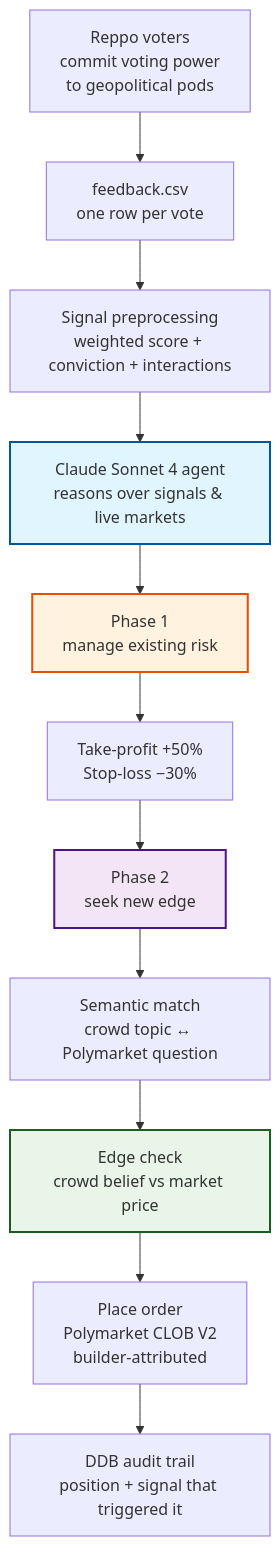
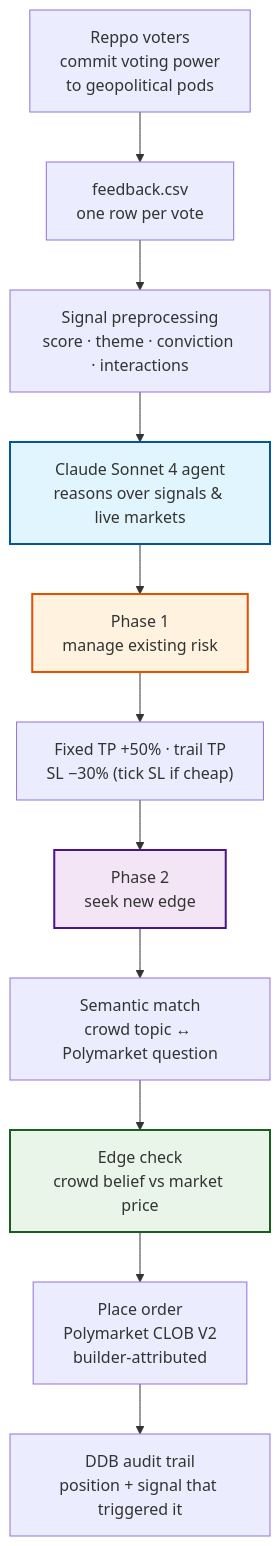
One commit to Reppo-Labs/reppo-polyagent changed the diagram in README.md. Above: the diagram before and after it, drawn with Mermaid. The commit also changed other lines of this file and 4827 other files, not shown here.

````diff
--- a/README.md
+++ b/README.md
@@ -25,21 +25,21 @@
 ```mermaid
 flowchart TD
     A["Reppo voters<br/>commit voting power<br/>to geopolitical pods"] --> B["feedback.csv<br/>one row per vote"]
-    B --> C["Signal preprocessing<br/>weighted score + conviction + interactions"]
+    B --> C["Signal preprocessing<br/>score · theme · conviction · interactions"]
     C --> D["Claude Sonnet 4 agent<br/>reasons over signals & live markets"]
 
     D --> E["Phase 1<br/>manage existing risk"]
-    E --> F["Take-profit +50%<br/>Stop-loss −30%"]
+    E --> F["Fixed TP +50% · trail TP<br/>SL −30% (tick SL if cheap)"]
     F --> G["Phase 2<br/>seek new edge"]
 
     G --> H["Semantic match<br/>crowd topic ↔ Polymarket question"]
     H --> I["Edge check<br/>crowd belief vs market price"]
     I --> J["Place order<br/>Polymarket CLOB V2<br/>builder-attributed"]
 
     J --> K["DDB audit trail<br/>position + signal that triggered it"]
 
     style D fill:#e1f5fe,stroke:#01579b,stroke-width:2px
     style E fill:#fff3e0,stroke:#e65100,stroke-width:2px
     style G fill:#f3e5f5,stroke:#4a148c,stroke-width:2px
     style I fill:#e8f5e8,stroke:#1b5e20,stroke-width:2px
 ```
````
